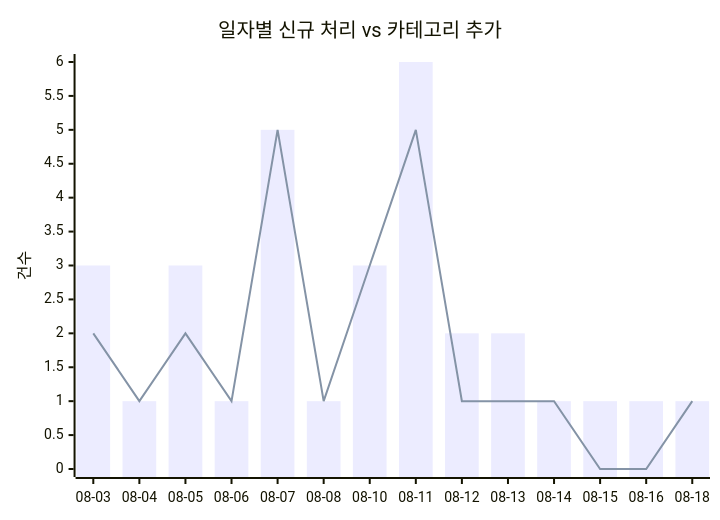
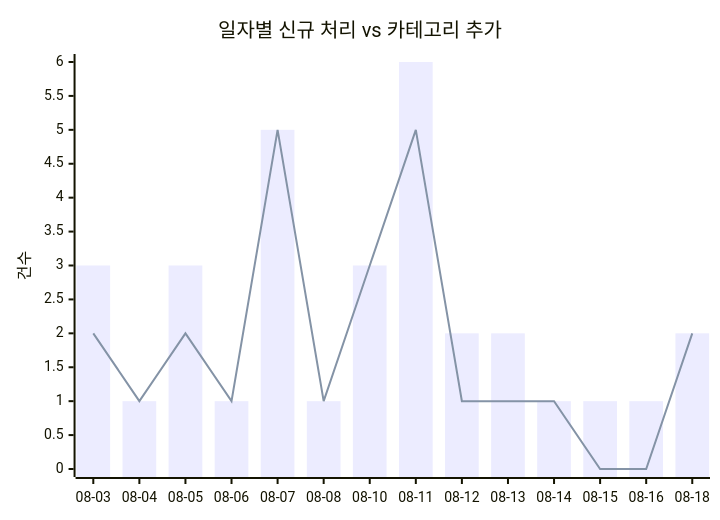
One commit to J-nowcow/awesome-korean-agent-skills changed the first of 2 diagrams in docs/trends.md. Above: the diagram before and after it, drawn with Mermaid. The commit also changed other lines of this file and 4 other files, not shown here.

````diff
--- a/docs/trends.md
+++ b/docs/trends.md
@@ -32,8 +32,8 @@
 ```mermaid
 xychart-beta
     title "일자별 신규 처리 vs 카테고리 추가"
     x-axis ["08-03","08-04","08-05","08-06","08-07","08-08","08-10","08-11","08-12","08-13","08-14","08-15","08-16","08-18"]
     y-axis "건수"
-    bar [3,1,3,1,5,1,3,6,2,2,1,1,1,1]
-    line [2,1,2,1,5,1,3,5,1,1,1,0,0,1]
+    bar [3,1,3,1,5,1,3,6,2,2,1,1,1,2]
+    line [2,1,2,1,5,1,3,5,1,1,1,0,0,2]
 ```
````
